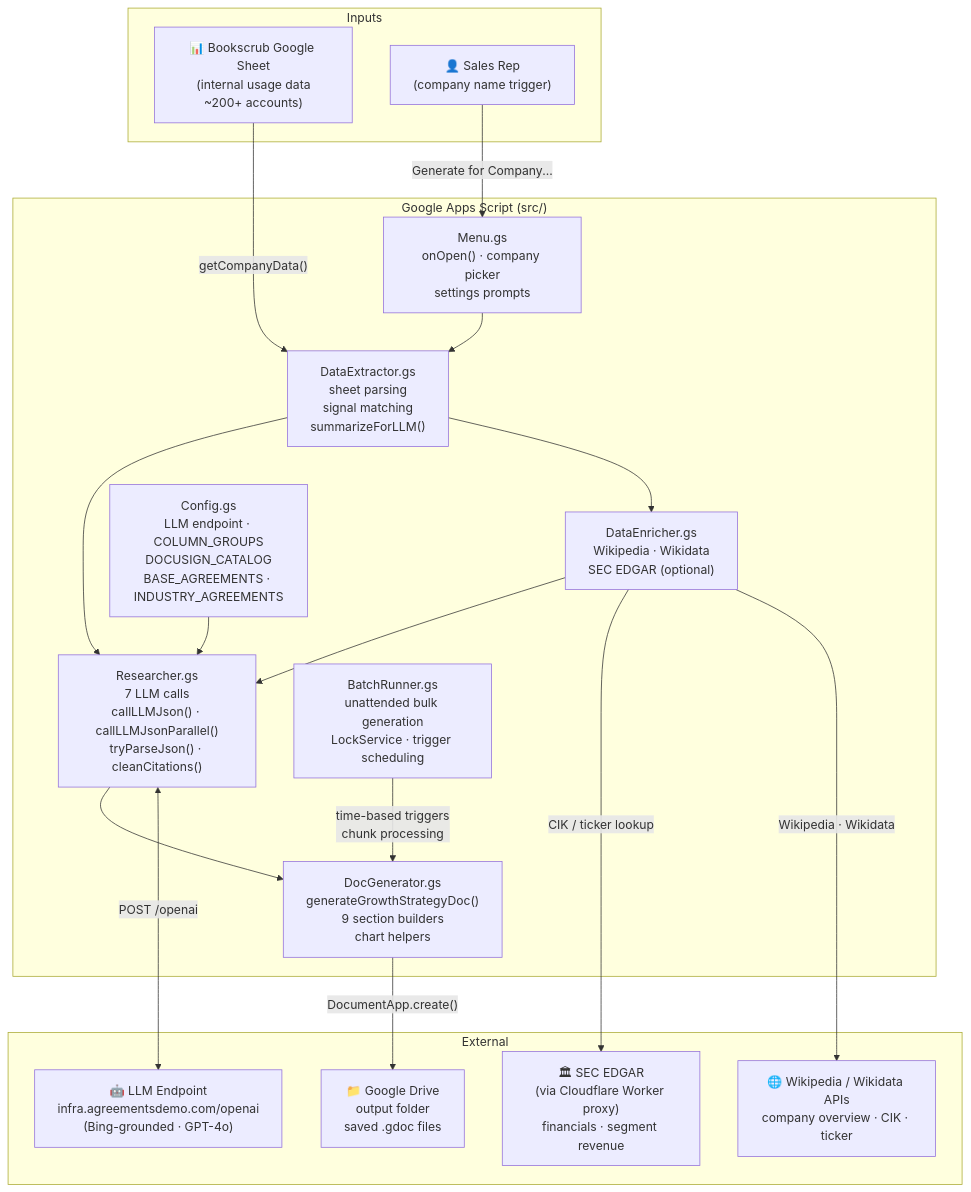
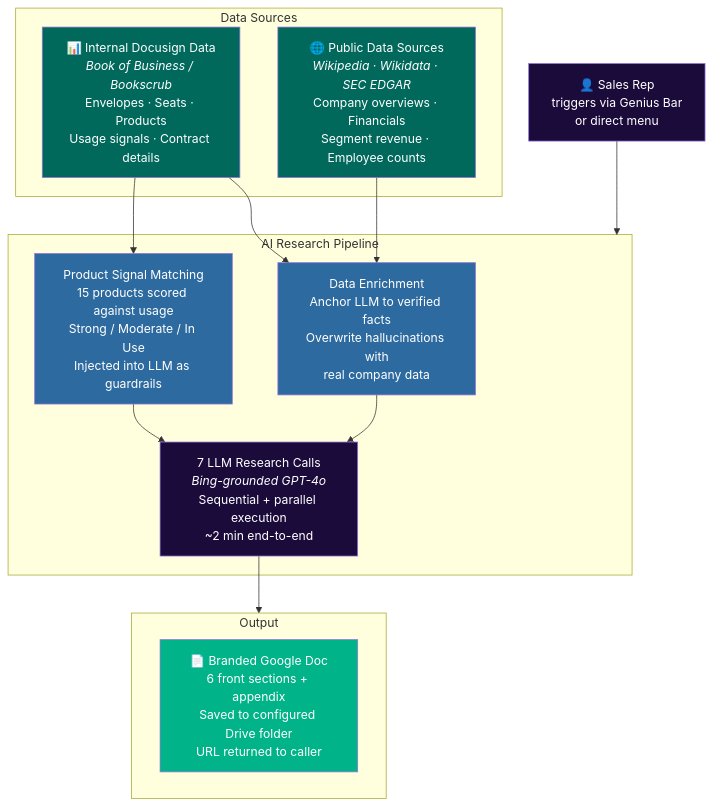
The first of 6 diagrams in README.md (prsolans/growth-strategy-2026), drawn with Mermaid before and after one commit. The commit also changed other lines of this file, not shown here.

Commit message:
Add README with system architecture and pipeline Mermaid diagrams

````diff
--- a/README.md
+++ b/README.md
@@ -11,38 +11,35 @@
 ```mermaid
 graph TB
-    subgraph Inputs
-        SHEET["📊 Bookscrub Google Sheet<br/>(internal usage data<br/>~200+ accounts)"]
-        SALES["👤 Sales Rep<br/>(company name trigger)"]
+    TRIGGER["👤 Sales Rep<br/>triggers via Genius Bar<br/>or direct menu"]
+
+    subgraph SOURCES["Data Sources"]
+        INTERNAL["📊 Internal Docusign Data<br/><i>Book of Business / Bookscrub</i><br/>Envelopes · Seats · Products<br/>Usage signals · Contract details"]
+        PUBLIC["🌐 Public Data Sources<br/><i>Wikipedia · Wikidata · SEC EDGAR</i><br/>Company overviews · Financials<br/>Segment revenue · Employee counts"]
     end
 
-    subgraph GAS["Google Apps Script (src/)"]
-        MENU["Menu.gs<br/>onOpen() · company picker<br/>settings prompts"]
-        EXTRACT["DataExtractor.gs<br/>sheet parsing<br/>signal matching<br/>summarizeForLLM()"]
-        ENRICH["DataEnricher.gs<br/>Wikipedia · Wikidata<br/>SEC EDGAR (optional)"]
-        RESEARCH["Researcher.gs<br/>7 LLM calls<br/>callLLMJson() · callLLMJsonParallel()<br/>tryParseJson() · cleanCitations()"]
-        DOCGEN["DocGenerator.gs<br/>generateGrowthStrategyDoc()<br/>9 section builders<br/>chart helpers"]
-        BATCH["BatchRunner.gs<br/>unattended bulk generation<br/>LockService · trigger scheduling"]
-        CONFIG["Config.gs<br/>LLM endpoint · COLUMN_GROUPS<br/>DOCUSIGN_CATALOG<br/>BASE_AGREEMENTS · INDUSTRY_AGREEMENTS"]
+    subgraph PIPELINE["AI Research Pipeline"]
+        ENRICH["Data Enrichment<br/>Anchor LLM to verified facts<br/>Overwrite hallucinations with<br/>real company data"]
+        LLM["7 LLM Research Calls<br/><i>Bing-grounded GPT-4o</i><br/>Sequential + parallel execution<br/>~2 min end-to-end"]
+        SIGNALS["Product Signal Matching<br/>15 products scored against usage<br/>Strong / Moderate / In Use<br/>Injected into LLM as guardrails"]
     end
 
-    subgraph External
-        LLM["🤖 LLM Endpoint<br/>infra.agreementsdemo.com/openai<br/>(Bing-grounded · GPT-4o)"]
-        WIKI["🌐 Wikipedia / Wikidata APIs<br/>company overview · CIK · ticker"]
-        SEC["🏛 SEC EDGAR<br/>(via Cloudflare Worker proxy)<br/>financials · segment revenue"]
-        DRIVE["📁 Google Drive<br/>output folder<br/>saved .gdoc files"]
+    subgraph OUTPUT["Output"]
+        DOC["📄 Branded Google Doc<br/>6 front sections + appendix<br/>Saved to configured Drive folder<br/>URL returned to caller"]
     end
 
-    SALES -->|"Generate for Company..."| MENU
-    SHEET -->|"getCompanyData()"| EXTRACT
-    MENU --> EXTRACT
-    EXTRACT --> ENRICH
-    ENRICH -->|"Wikipedia · Wikidata"| WIKI
-    ENRICH -->|"CIK / ticker lookup"| SEC
-    EXTRACT --> RESEARCH
-    ENRICH --> RESEARCH
-    CONFIG --> RESEARCH
-    RESEARCH <-->|"POST /openai"| LLM
-    RESEARCH --> DOCGEN
-    DOCGEN -->|"DocumentApp.create()"| DRIVE
-    BATCH -->|"time-based triggers<br/>chunk processing"| DOCGEN
+    TRIGGER --> PIPELINE
+    INTERNAL --> SIGNALS
+    INTERNAL --> ENRICH
+    PUBLIC --> ENRICH
+    SIGNALS --> LLM
+    ENRICH --> LLM
+    LLM --> OUTPUT
+
+    style TRIGGER fill:#1B0B3B,color:#ffffff
+    style INTERNAL fill:#00695C,color:#ffffff
+    style PUBLIC fill:#00695C,color:#ffffff
+    style ENRICH fill:#2d6a9f,color:#ffffff
+    style SIGNALS fill:#2d6a9f,color:#ffffff
+    style LLM fill:#1B0B3B,color:#ffffff
+    style DOC fill:#00B388,color:#ffffff
 ```
````
